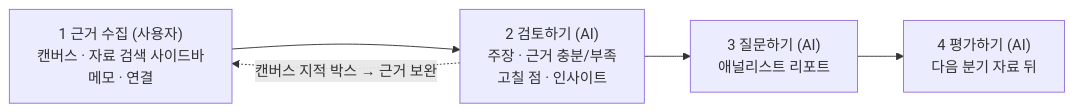
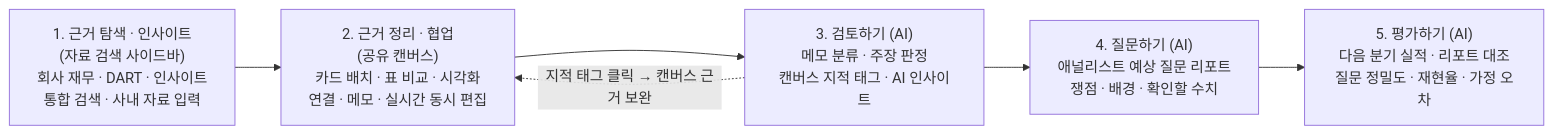
One commit to vamos-team/telescope changed the first of 4 diagrams in docs/planning/기획서.md. Above: the diagram before and after it, drawn with Mermaid. The commit also changed other lines of this file and 15 other files, not shown here.

````diff
--- a/docs/planning/기획서.md
+++ b/docs/planning/기획서.md
@@ -41,7 +24,8 @@
 ```mermaid
 flowchart LR
-    A["1 근거 수집 (사용자)<br/>캔버스 · 자료 검색 사이드바<br/>메모 · 연결"] --> B["2 검토하기 (AI)<br/>주장 · 근거 충분/부족<br/>고칠 점 · 인사이트"]
-    B --> C["3 질문하기 (AI)<br/>애널리스트 리포트"]
-    C --> D["4 평가하기 (AI)<br/>다음 분기 자료 뒤"]
-    B -.->|캔버스 지적 박스 → 근거 보완| A
+    A["1. 근거 탐색 · 인사이트<br/>(자료 검색 사이드바)<br/>회사 재무 · DART · 인사이트<br/>통합 검색 · 사내 자료 입력"] --> B["2. 근거 정리 · 협업<br/>(공유 캔버스)<br/>카드 배치 · 표 비교 · 시각화<br/>연결 · 메모 · 실시간 동시 편집"]
+    B --> C["3. 검토하기 (AI)<br/>메모 분류 · 주장 판정<br/>캔버스 지적 태그 · AI 인사이트"]
+    C --> D["4. 질문하기 (AI)<br/>애널리스트 예상 질문 리포트<br/>쟁점 · 배경 · 확인할 수치"]
+    D --> E["5. 평가하기 (AI)<br/>다음 분기 실적 · 리포트 대조<br/>질문 정밀도 · 재현율 · 가정 오차"]
+    C -.->|"지적 태그 클릭 → 캔버스 근거 보완"| B
 ```
````
